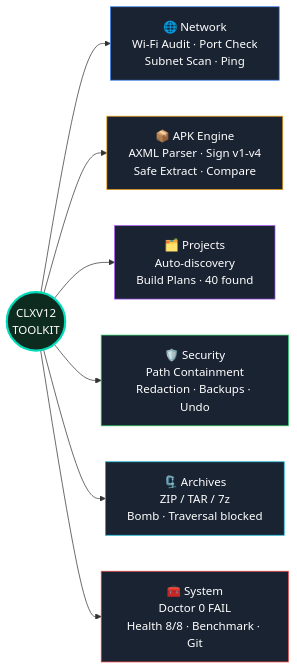
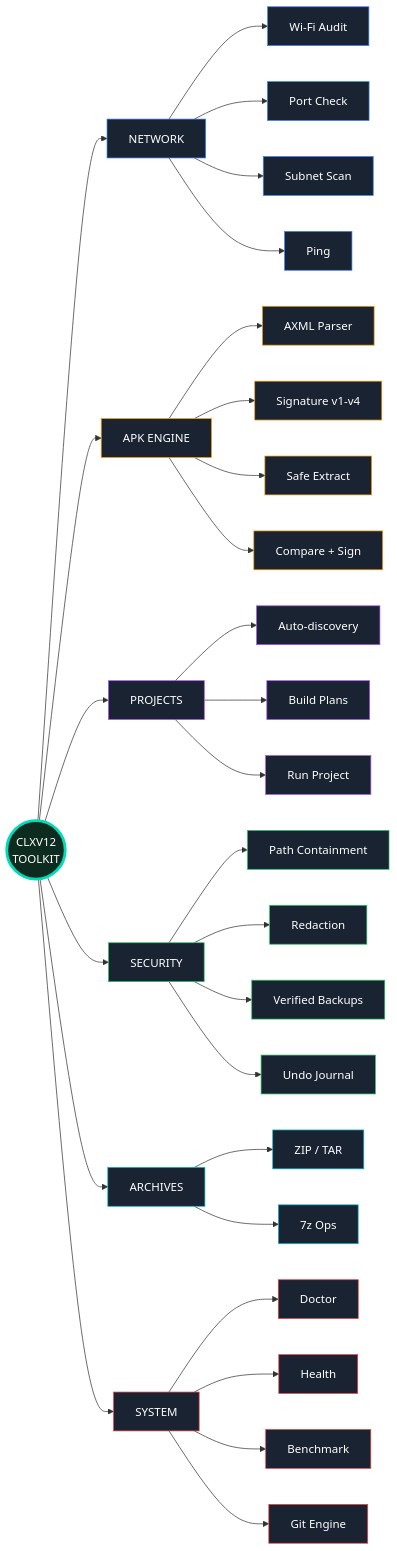
One commit to CLXV11/CLXV12-TOOLKIT changed the diagram in README.md. Above: the diagram before and after it, drawn with Mermaid. The commit also changed other lines of this file, not shown here.

Commit message:
Update flowchart in README with new structure

````diff
--- a/README.md
+++ b/README.md
@@ -127,18 +127,52 @@
 ```mermaid
 flowchart LR
     ROOT((CLXV12<br/>TOOLKIT))
-    ROOT --> NET["🌐 Network<br/>Wi-Fi Audit · Port Check<br/>Subnet Scan · Ping"]
-    ROOT --> APK["📦 APK Engine<br/>AXML Parser · Sign v1-v4<br/>Safe Extract · Compare"]
-    ROOT --> PROJ["🗂️ Projects<br/>Auto-discovery<br/>Build Plans · 40 found"]
-    ROOT --> SEC["🛡️ Security<br/>Path Containment<br/>Redaction · Backups · Undo"]
-    ROOT --> ARC["🗜️ Archives<br/>ZIP / TAR / 7z<br/>Bomb · Traversal blocked"]
-    ROOT --> SYS["🧰 System<br/>Doctor 0 FAIL<br/>Health 8/8 · Benchmark · Git"]
 
-    style ROOT fill:#0d2b1f,stroke:#00dcb8,stroke-width:3px,color:#fff
-    style NET fill:#1a2332,stroke:#3b82f6,color:#fff
-    style APK fill:#1a2332,stroke:#f59e0b,color:#fff
-    style PROJ fill:#1a2332,stroke:#a855f7,color:#fff
-    style SEC fill:#1a2332,stroke:#22c55e,color:#fff
-    style ARC fill:#1a2332,stroke:#06b6d4,color:#fff
-    style SYS fill:#1a2332,stroke:#ef4444,color:#fff
+    ROOT --> NET["NETWORK"]
+    ROOT --> APK["APK ENGINE"]
+    ROOT --> PRJ["PROJECTS"]
+    ROOT --> SEC["SECURITY"]
+    ROOT --> ARC["ARCHIVES"]
+    ROOT --> SYS["SYSTEM"]
+
+    NET --> N1["Wi-Fi Audit"]
+    NET --> N2["Port Check"]
+    NET --> N3["Subnet Scan"]
+    NET --> N4["Ping"]
+
+    APK --> A1["AXML Parser"]
+    APK --> A2["Signature v1-v4"]
+    APK --> A3["Safe Extract"]
+    APK --> A4["Compare + Sign"]
+
+    PRJ --> P1["Auto-discovery"]
+    PRJ --> P2["Build Plans"]
+    PRJ --> P3["Run Project"]
+
+    SEC --> S1["Path Containment"]
+    SEC --> S2["Redaction"]
+    SEC --> S3["Verified Backups"]
+    SEC --> S4["Undo Journal"]
+
+    ARC --> C1["ZIP / TAR"]
+    ARC --> C2["7z Ops"]
+
+    SYS --> Y1["Doctor"]
+    SYS --> Y2["Health"]
+    SYS --> Y3["Benchmark"]
+    SYS --> Y4["Git Engine"]
+
+    style ROOT fill:#0d2b1f,stroke:#00dcb8,stroke-width:4px,color:#fff
+    classDef net fill:#1a2332,stroke:#3b82f6,color:#fff
+    classDef apk fill:#1a2332,stroke:#f59e0b,color:#fff
+    classDef prj fill:#1a2332,stroke:#a855f7,color:#fff
+    classDef sec fill:#1a2332,stroke:#22c55e,color:#fff
+    classDef arc fill:#1a2332,stroke:#06b6d4,color:#fff
+    classDef sys fill:#1a2332,stroke:#ef4444,color:#fff
+    class NET,N1,N2,N3,N4 net
+    class APK,A1,A2,A3,A4 apk
+    class PRJ,P1,P2,P3 prj
+    class SEC,S1,S2,S3,S4 sec
+    class ARC,C1,C2 arc
+    class SYS,Y1,Y2,Y3,Y4 sys
 ```
````
